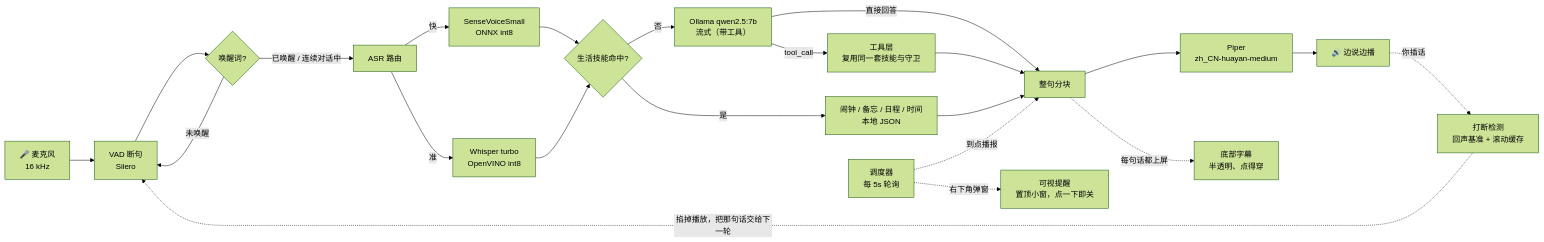
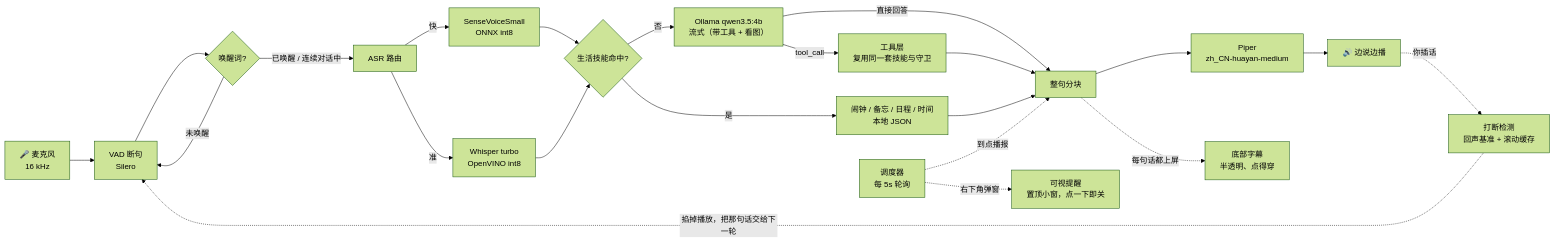
The diagram in README.md (Azurwolf1024/local_assistant), drawn with Mermaid (forest theme) before and after one commit. The commit also changed other lines of this file and 11 other files, not shown here.

First line of the commit message:
主模型换成 qwen3.5:4b：一个模型顶两个（文本 + 看图），生成快 40%、内存砍一半

````diff
--- a/README.md
+++ b/README.md
@@ -14,26 +14,26 @@
 ```mermaid
 flowchart LR
     A["🎤 麦克风<br/>16 kHz"] --> B["VAD 断句<br/>Silero"]
     B --> C{"唤醒词?"}
     C -->|未唤醒| B
     C -->|已唤醒 / 连续对话中| D["ASR 路由"]
     D -->|快| E["SenseVoiceSmall<br/>ONNX int8"]
     D -->|准| F["Whisper turbo<br/>OpenVINO int8"]
     E --> G{"生活技能命中?"}
     F --> G
     G -->|是| H["闹钟 / 备忘 / 日程 / 时间<br/>本地 JSON"]
-    G -->|否| I["Ollama qwen2.5:7b<br/>流式（带工具）"]
+    G -->|否| I["Ollama qwen3.5:4b<br/>流式（带工具 + 看图）"]
     I -->|直接回答| J["整句分块"]
     I -->|tool_call| Q["工具层<br/>复用同一套技能与守卫"]
     Q --> J
     H --> J
     J --> K["Piper<br/>zh_CN-huayan-medium"]
     K --> L["🔊 边说边播"]
 
     M["调度器<br/>每 5s 轮询"] -. 到点播报 .-> J
     M -. 右下角弹窗 .-> N["可视提醒<br/>置顶小窗，点一下即关"]
 
     J -. 每句话都上屏 .-> O["底部字幕<br/>半透明、点得穿"]
     L -. 你插话 .-> P["打断检测<br/>回声基准 + 滚动缓存"]
     P -. 掐掉播放，把那句话交给下一轮 .-> B
 ```
````
